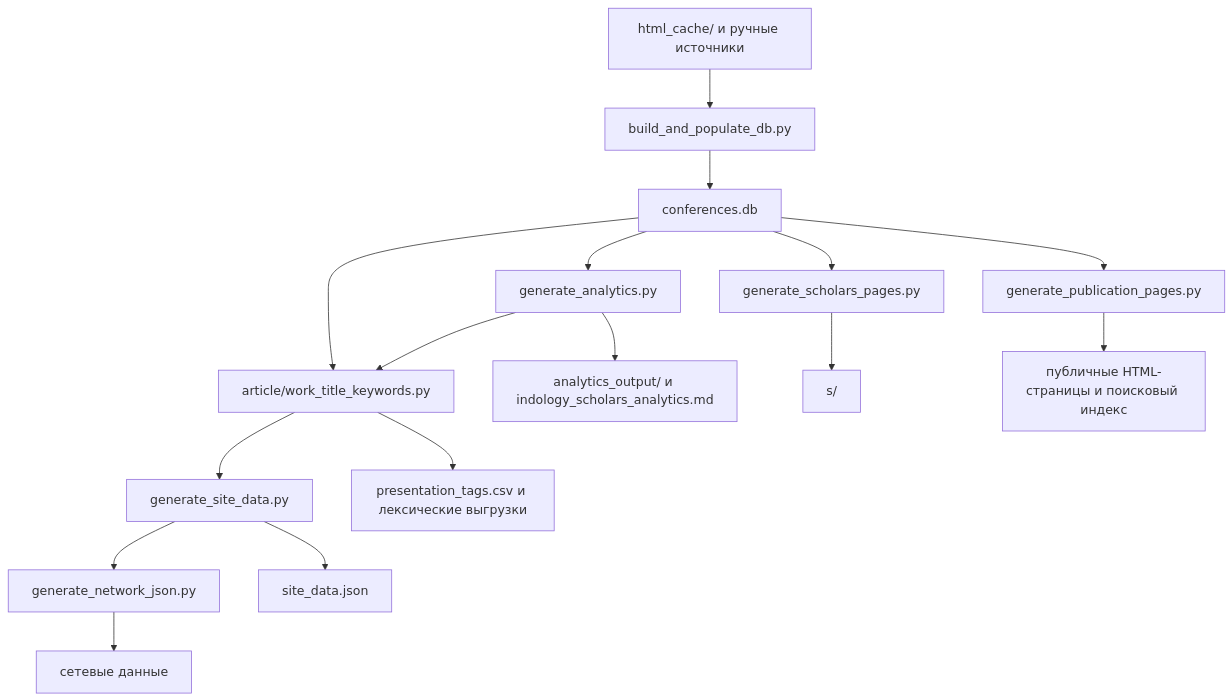
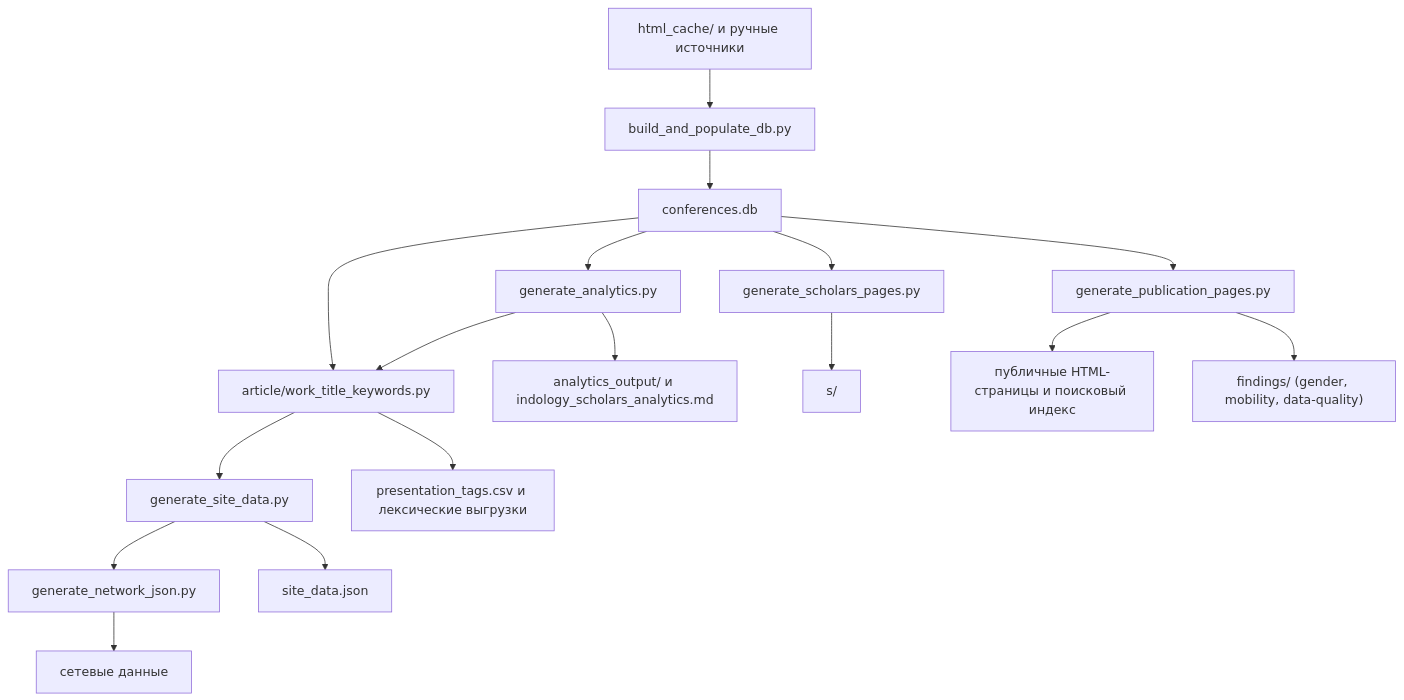
The diagram in docs/development.md (gasyoun/IndologyScholars), drawn with Mermaid before and after one commit. The commit also changed other lines of this file and 201 other files, not shown here.

````diff
--- a/docs/development.md
+++ b/docs/development.md
@@ -95,18 +96,19 @@
 ```mermaid
 flowchart TD
     A["html_cache/ и ручные источники"] --> B["build_and_populate_db.py"]
     B --> C["conferences.db"]
     C --> D["generate_analytics.py"]
     C --> N["article/work_title_keywords.py"]
     D --> N
     N --> E["generate_site_data.py"]
     E --> F["generate_network_json.py"]
     C --> G["generate_scholars_pages.py"]
     C --> H["generate_publication_pages.py"]
     D --> I["analytics_output/ и indology_scholars_analytics.md"]
     N --> O["presentation_tags.csv и лексические выгрузки"]
     E --> J["site_data.json"]
     F --> K["сетевые данные"]
     G --> L["s/"]
     H --> M["публичные HTML-страницы и поисковый индекс"]
+    H --> P["findings/ (gender, mobility, data-quality)"]
 ```
````
